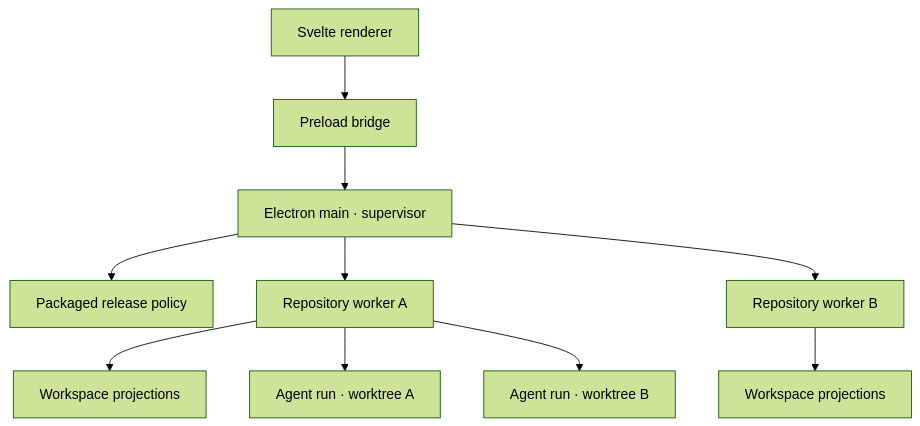
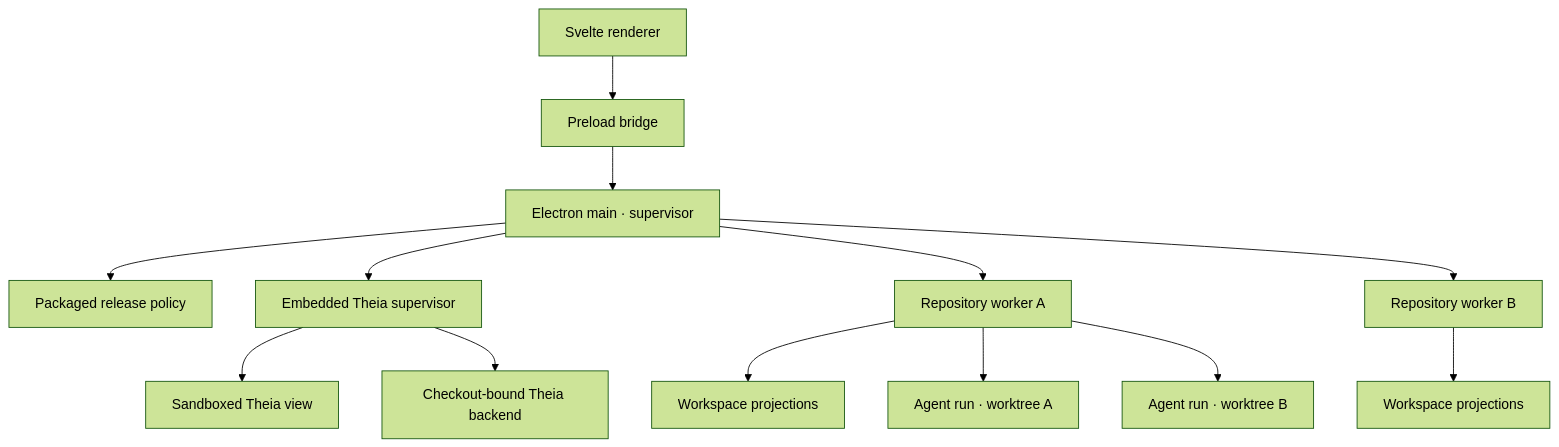
Before and after one commit to ketvietlab/phaseatlas: the diagram in docs/architecture/overview.md, drawn with Mermaid (forest theme). The commit also changed other lines of this file and 6 other files, not shown here.

Commit message:
fix(ide): cover embedded runtime trust boundary

````diff
--- a/docs/architecture/overview.md
+++ b/docs/architecture/overview.md
@@ -11,12 +11,15 @@
 ```mermaid
 flowchart TB
   UI["Svelte renderer"] --> Bridge["Preload bridge"]
   Bridge --> Main["Electron main · supervisor"]
   Main --> Policy["Packaged release policy"]
+  Main --> Ide["Embedded Theia supervisor"]
+  Ide --> IdeView["Sandboxed Theia view"]
+  Ide --> IdeBackend["Checkout-bound Theia backend"]
   Main --> A["Repository worker A"]
   Main --> B["Repository worker B"]
   A --> WA["Workspace projections"]
   A --> RA["Agent run · worktree A"]
   A --> RB["Agent run · worktree B"]
   B --> WB["Workspace projections"]
 ```
````
